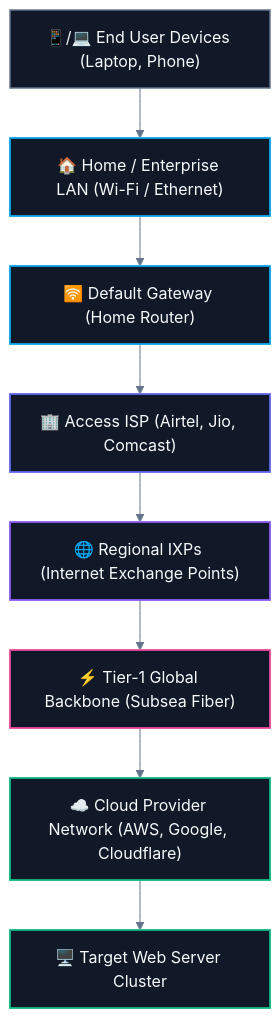
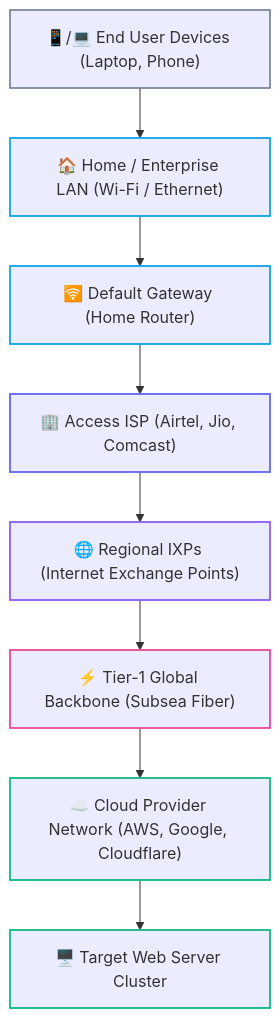
The second of 5 diagrams in CS/Computer Networking/01. Architecture & Fundamentals/01. Introduction to Computer Networks.md (abhinavbharti2345/CS_Notes), drawn with Mermaid before and after one commit. The commit also changed other lines of this file and 91 other files, not shown here.

````diff
--- a/CS/Computer Networking/01. Architecture & Fundamentals/01. Introduction to Computer Networks.md
+++ b/CS/Computer Networking/01. Architecture & Fundamentals/01. Introduction to Computer Networks.md
@@ -63,25 +62,24 @@
 ```mermaid
-%%{init: {'theme': 'base', 'themeVariables': { 'darkMode': true, 'background': '#0B0F14', 'mainBkg': '#111827', 'primaryColor': '#111827', 'primaryTextColor': '#F8FAFC', 'primaryBorderColor': '#38BDF8', 'lineColor': '#64748B', 'secondaryColor': '#0B0F14', 'tertiaryColor': '#0B0F14', 'clusterBkg': '#0B0F14', 'clusterBorder': '#38BDF8' }}}%%
 flowchart TD
     Device["📱/💻 End User Devices (Laptop, Phone)"] --> LAN["🏠 Home / Enterprise LAN (Wi-Fi / Ethernet)"]
     LAN --> Gateway["🛜 Default Gateway (Home Router)"]
     Gateway --> AccessISP["🏢 Access ISP (Airtel, Jio, Comcast)"]
     AccessISP --> IXP["🌐 Regional IXPs (Internet Exchange Points)"]
     IXP --> Backbone["⚡ Tier-1 Global Backbone (Subsea Fiber)"]
     Backbone --> CloudNet["☁️ Cloud Provider Network (AWS, Google, Cloudflare)"]
     CloudNet --> TargetServer["🖥️ Target Web Server Cluster"]
 
-    classDef c1 fill:#111827,stroke:#64748b,stroke-width:1.5px,color:#F8FAFC;
-    classDef c2 fill:#111827,stroke:#0ea5e9,stroke-width:1.8px,color:#F8FAFC;
-    classDef c3 fill:#111827,stroke:#6366f1,stroke-width:1.8px,color:#F8FAFC;
-    classDef c4 fill:#111827,stroke:#8b5cf6,stroke-width:1.8px,color:#F8FAFC;
-    classDef c5 fill:#111827,stroke:#ec4899,stroke-width:1.8px,color:#F8FAFC;
-    classDef c6 fill:#111827,stroke:#10b981,stroke-width:1.8px,color:#F8FAFC;
+    classDef c1 stroke:#64748b,stroke-width:1.5px;
+    classDef c2 stroke:#0ea5e9,stroke-width:1.8px;
+    classDef c3 stroke:#6366f1,stroke-width:1.8px;
+    classDef c4 stroke:#8b5cf6,stroke-width:1.8px;
+    classDef c5 stroke:#ec4899,stroke-width:1.8px;
+    classDef c6 stroke:#10b981,stroke-width:1.8px;
 
     class Device c1;
     class LAN,Gateway c2;
     class AccessISP c3;
     class IXP c4;
     class Backbone c5;
     class CloudNet,TargetServer c6;
 ```
````
